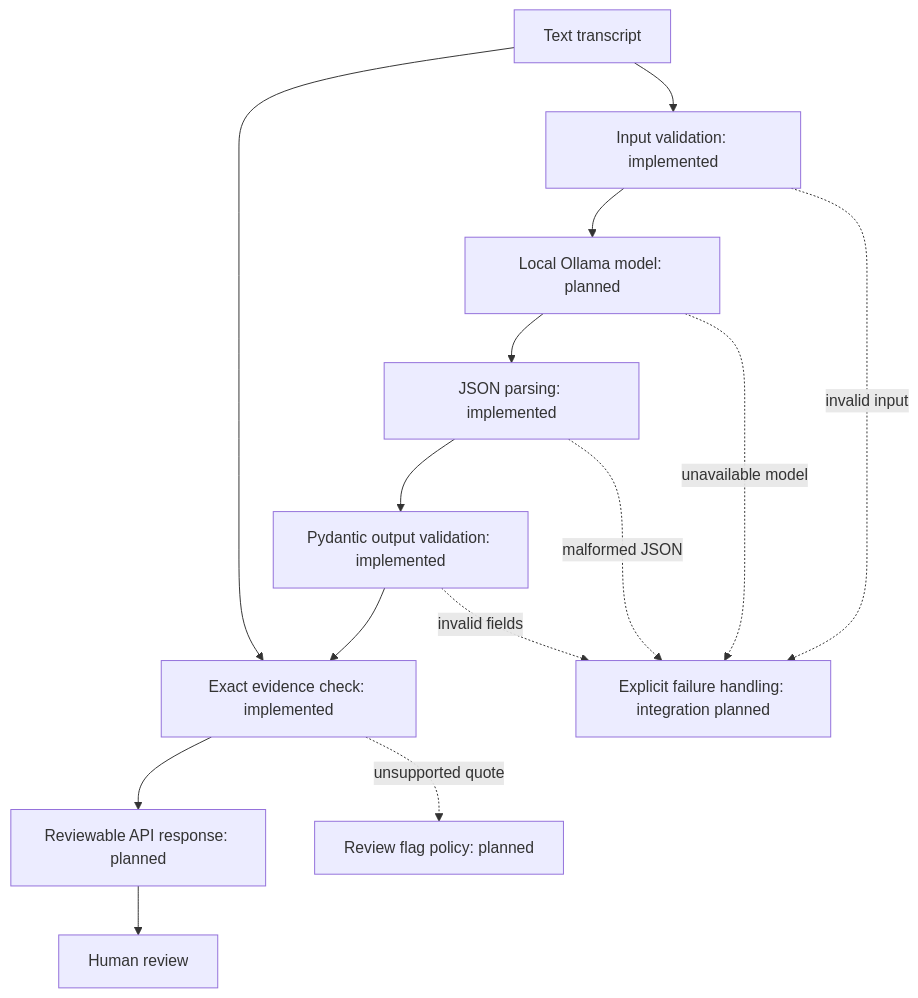
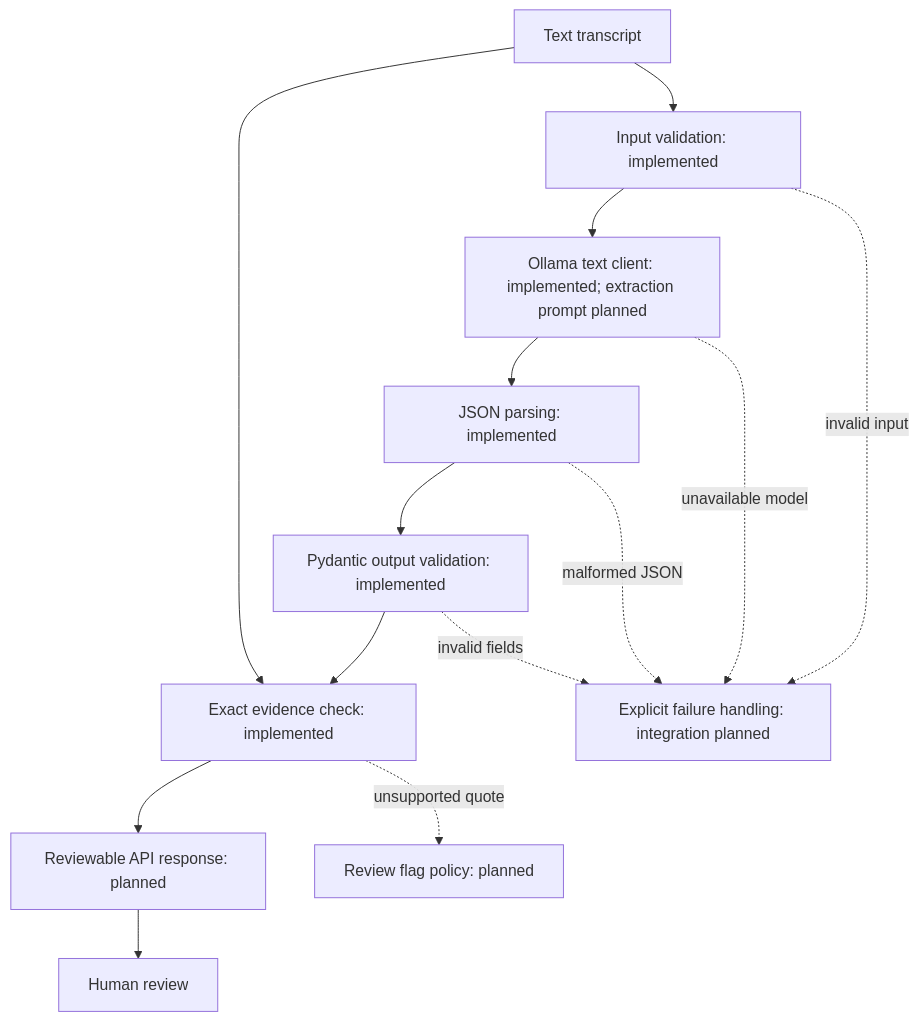
The diagram in README.md (AbhinavS-30/ActionGraph), drawn with Mermaid before and after one commit. The commit also changed other lines of this file and 5 other files, not shown here.

Commit message:
Add standalone Ollama text client with failure handling

````diff
--- a/README.md
+++ b/README.md
@@ -17,16 +17,16 @@
 ```mermaid
 flowchart TD
     A[Text transcript] --> B[Input validation: implemented]
-    B --> C[Local Ollama model: planned]
+    B --> C[Ollama text client: implemented; extraction prompt planned]
     C --> D[JSON parsing: implemented]
     D --> E[Pydantic output validation: implemented]
     E --> F[Exact evidence check: implemented]
     A --> F
     F --> G[Reviewable API response: planned]
     G --> H[Human review]
     B -. invalid input .-> X[Explicit failure handling: integration planned]
     C -. unavailable model .-> X
     D -. malformed JSON .-> X
     E -. invalid fields .-> X
     F -. unsupported quote .-> Y[Review flag policy: planned]
 ```
````
